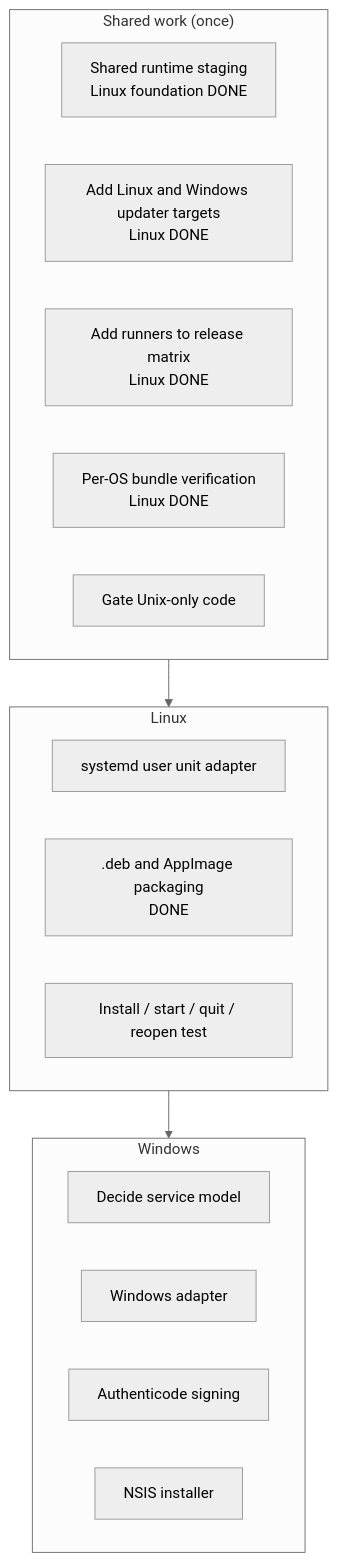
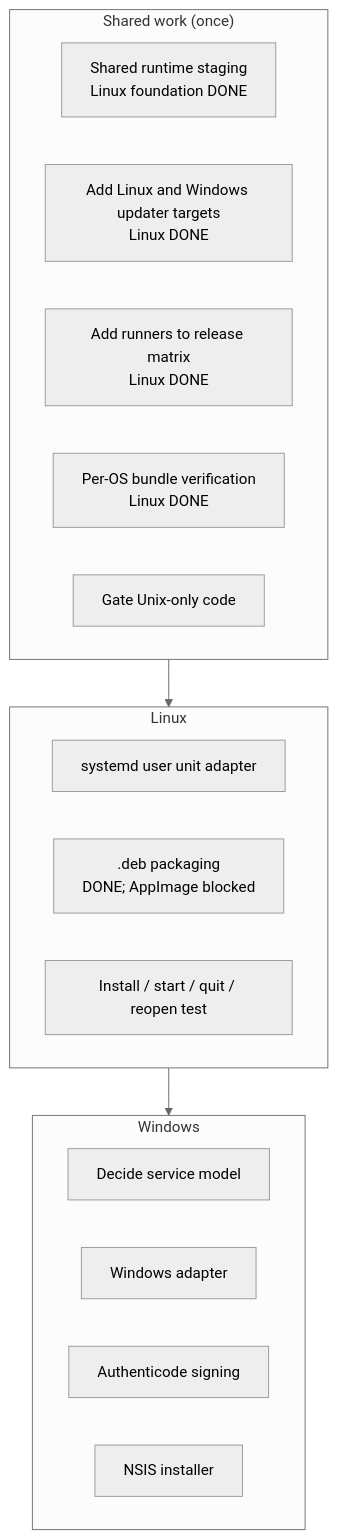
Before and after one commit to nessalabs/nessa-agent: the third of 7 diagrams in docs/todo/desktop-linux-windows-plan.md, drawn with Mermaid (neutral theme). The commit also changed other lines of this file and 11 other files, not shown here.

First line of the commit message:
fix(desktop): release the Linux .deb only; the AppImage rewrites the runtime

````diff
--- a/docs/todo/desktop-linux-windows-plan.md
+++ b/docs/todo/desktop-linux-windows-plan.md
@@ -116,22 +115,22 @@
 ```mermaid
 flowchart TB
     subgraph Shared["Shared work (once)"]
         S1[Shared runtime staging<br/>Linux foundation DONE]
         S2[Add Linux and Windows updater targets<br/>Linux DONE]
         S3[Add runners to release matrix<br/>Linux DONE]
         S4[Per-OS bundle verification<br/>Linux DONE]
         S5[Gate Unix-only code]
     end
     subgraph Linux
         L1[systemd user unit adapter]
-        L2[.deb and AppImage packaging<br/>DONE]
+        L2[.deb packaging<br/>DONE; AppImage blocked]
         L3[Install / start / quit / reopen test]
     end
     subgraph Windows
         W1[Decide service model]
         W2[Windows adapter]
         W3[Authenticode signing]
         W4[NSIS installer]
     end
     Shared --> Linux --> Windows
 ```
````
